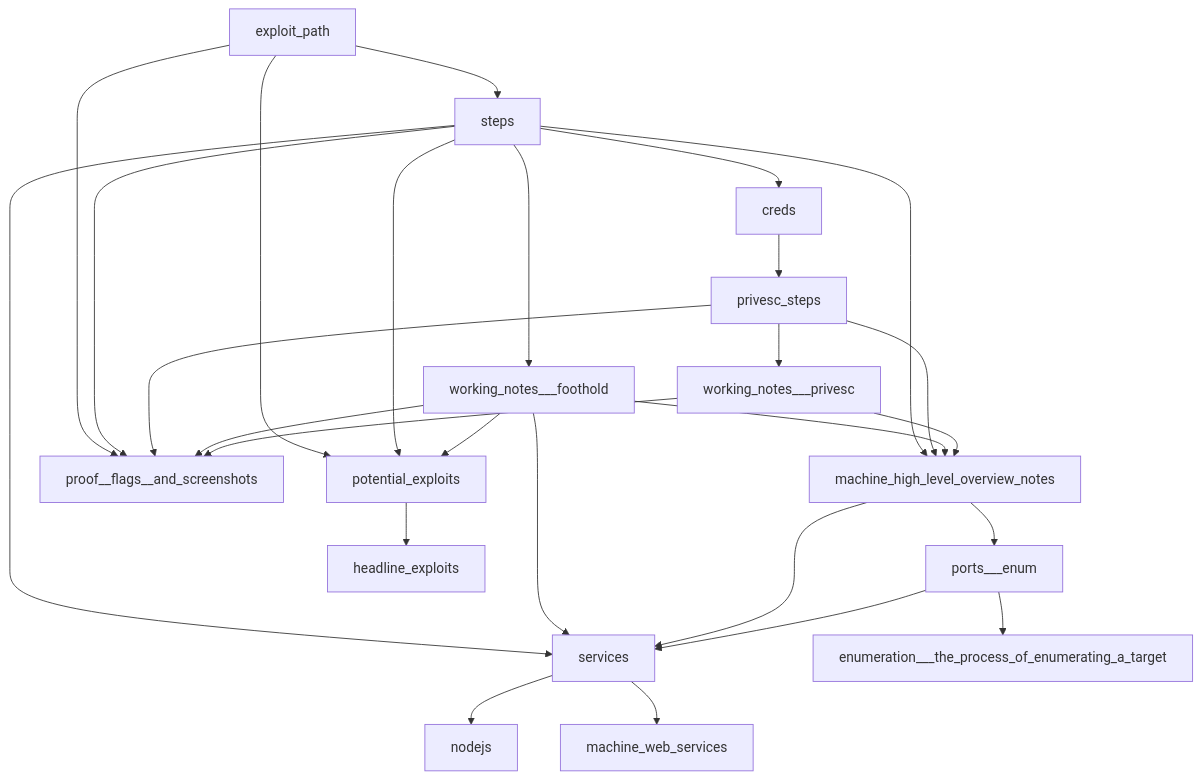
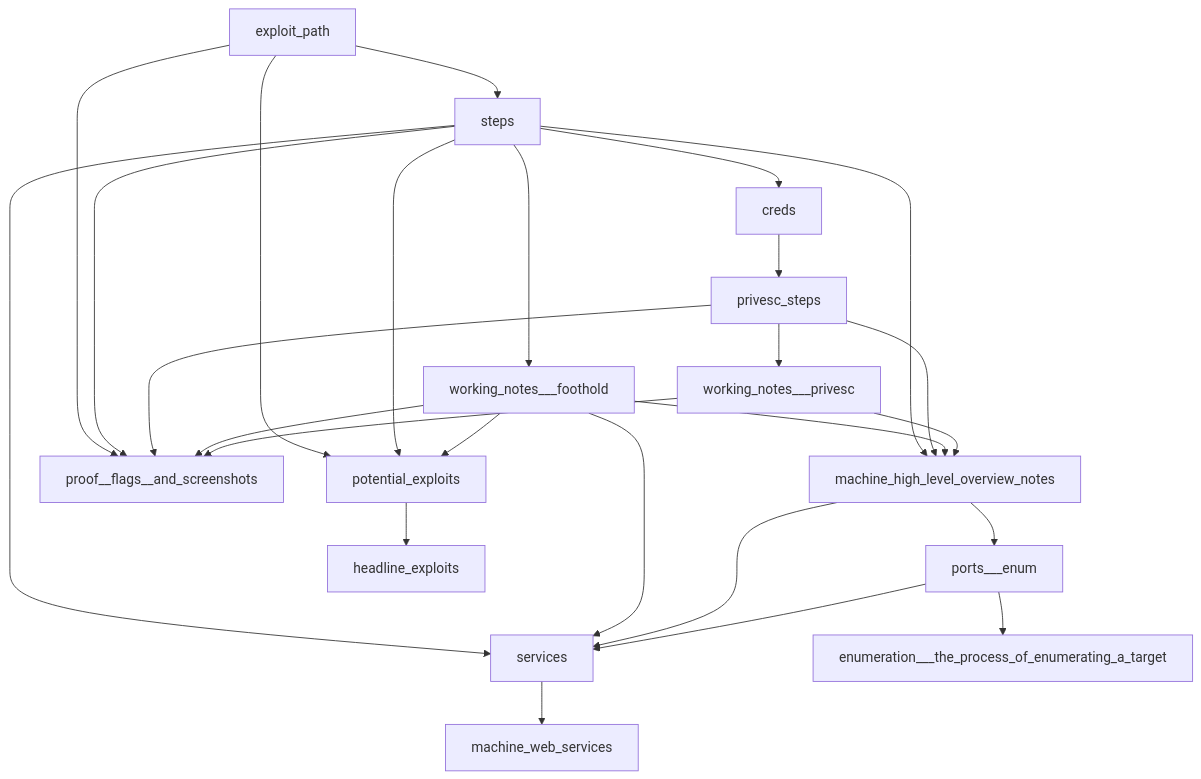
The diagram in zet/20221030041924/README.md (nicholas-long/markdown-raw-files-to-zettelkasten-conversion), drawn with Mermaid before and after one commit. The commit also changed 8 other files, not shown here.

````diff
--- a/zet/20221030041924/README.md
+++ b/zet/20221030041924/README.md
@@ -11,29 +11,28 @@
 ```mermaid
 graph TD;
   exploit_path --> potential_exploits;
   exploit_path --> steps;
   exploit_path --> proof__flags__and_screenshots;
   steps --> proof__flags__and_screenshots;
   steps --> potential_exploits;
   steps --> services;
   steps --> machine_high_level_overview_notes;
   steps --> working_notes___foothold;
   steps --> creds;
   creds --> privesc_steps;
   privesc_steps --> proof__flags__and_screenshots;
   privesc_steps --> working_notes___privesc;
   privesc_steps --> machine_high_level_overview_notes;
   working_notes___foothold --> proof__flags__and_screenshots;
   working_notes___foothold --> potential_exploits;
   working_notes___foothold --> services;
   working_notes___foothold --> machine_high_level_overview_notes;
   working_notes___privesc --> proof__flags__and_screenshots;
   working_notes___privesc --> machine_high_level_overview_notes;
   machine_high_level_overview_notes --> services;
   machine_high_level_overview_notes --> ports___enum;
   ports___enum --> enumeration___the_process_of_enumerating_a_target;
   ports___enum --> services;
-  services --> nodejs;
   services --> machine_web_services;
   potential_exploits --> headline_exploits;
 ```
````
